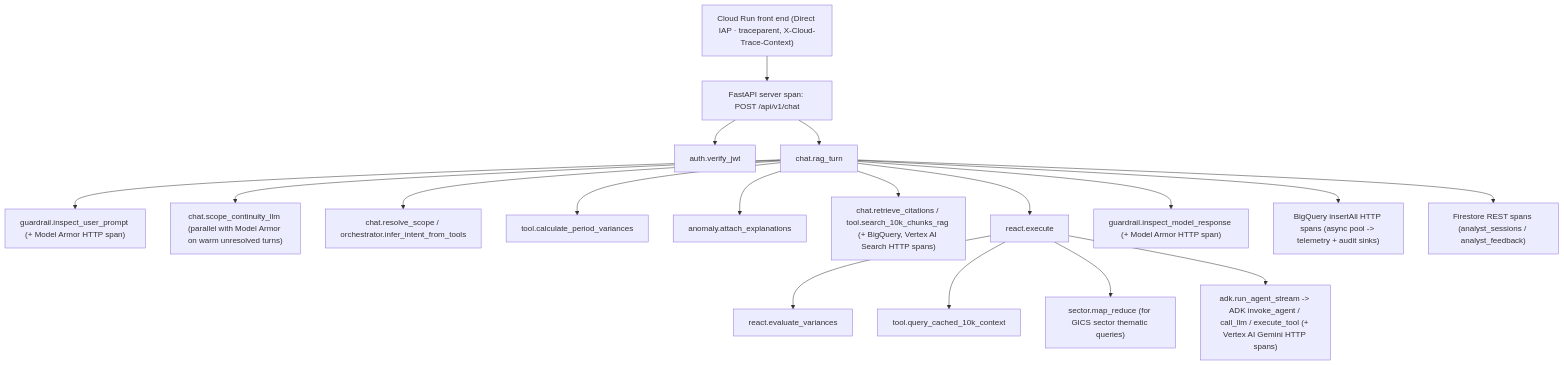
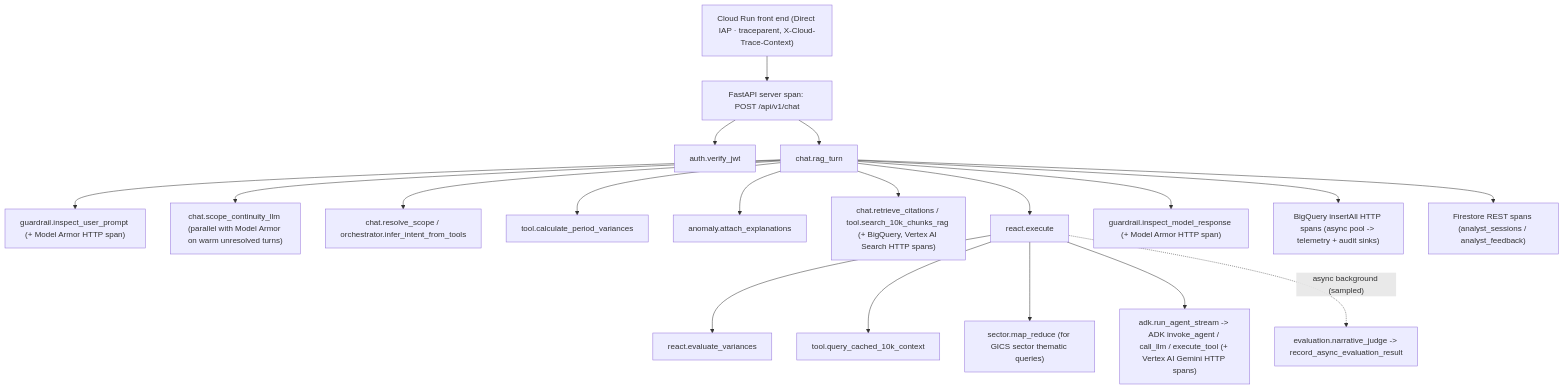
Before and after one commit to jackbetcher-work/edgar_capstone: the diagram in docs/observability.md, drawn with Mermaid. The commit also changed other lines of this file and 10 other files, not shown here.

Commit message:
Readded the background judge for traces

````diff
--- a/docs/observability.md
+++ b/docs/observability.md
@@ -17,20 +17,21 @@
 ```mermaid
 flowchart TD
     LB["Cloud Run front end (Direct IAP · traceparent, X-Cloud-Trace-Context)"] --> S["FastAPI server span: POST /api/v1/chat"]
     S --> A["auth.verify_jwt"]
     S --> T["chat.rag_turn"]
     T --> G["guardrail.inspect_user_prompt (+ Model Armor HTTP span)"]
     T --> SC["chat.scope_continuity_llm (parallel with Model Armor on warm unresolved turns)"]
     T --> R["chat.resolve_scope / orchestrator.infer_intent_from_tools"]
     T --> V["tool.calculate_period_variances"]
     T --> AN["anomaly.attach_explanations"]
     T --> C["chat.retrieve_citations / tool.search_10k_chunks_rag (+ BigQuery, Vertex AI Search HTTP spans)"]
     T --> X["react.execute"]
     X --> E["react.evaluate_variances"]
     X --> Q["tool.query_cached_10k_context"]
     X --> M["sector.map_reduce (for GICS sector thematic queries)"]
     X --> L["adk.run_agent_stream -> ADK invoke_agent / call_llm / execute_tool (+ Vertex AI Gemini HTTP spans)"]
+    X -.->|"async background (sampled)"| J["evaluation.narrative_judge -> record_async_evaluation_result"]
     T --> RG["guardrail.inspect_model_response (+ Model Armor HTTP span)"]
     T --> B["BigQuery insertAll HTTP spans (async pool -> telemetry + audit sinks)"]
     T --> FS["Firestore REST spans (analyst_sessions / analyst_feedback)"]
 ```
````
